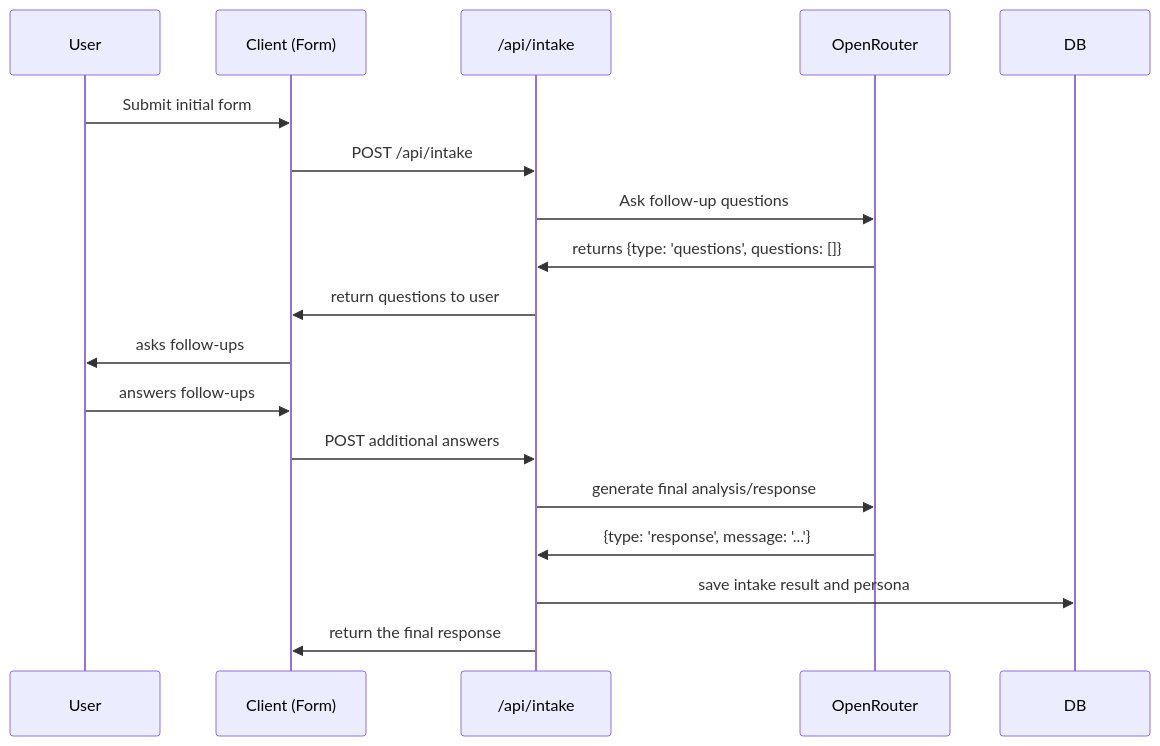
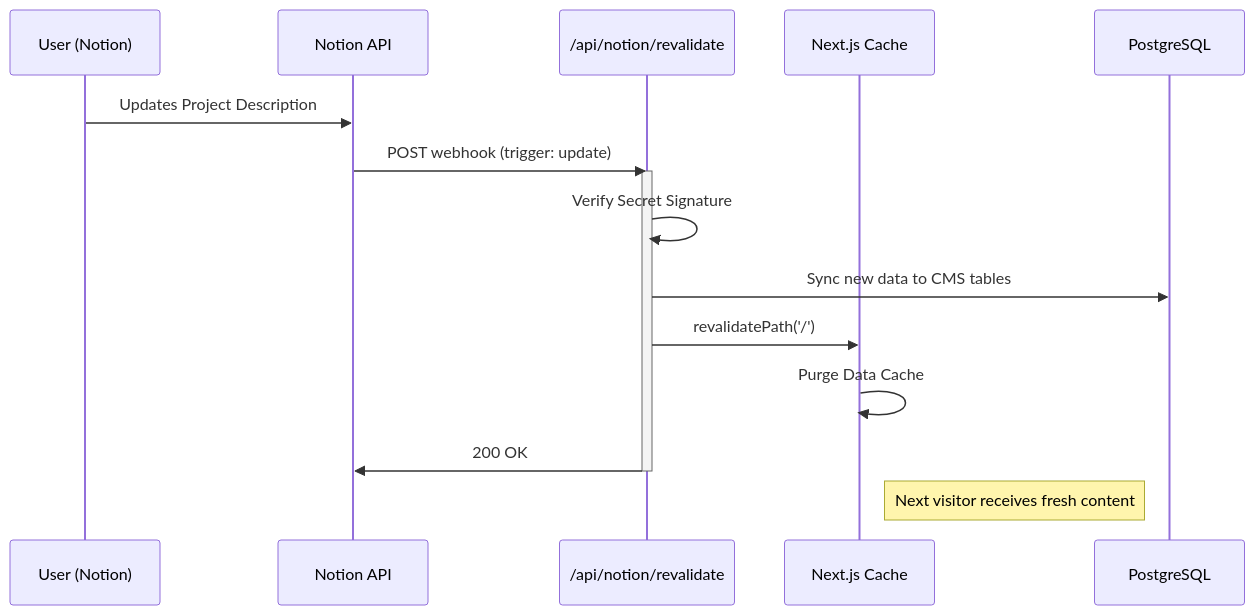
Before and after one commit to x-TheFox/portfolio: the sixth of 8 diagrams in docs/architecture.md, drawn with Mermaid. The commit also changed other lines of this file, not shown here.

First line of the commit message:
Revise architecture documentation with new diagrams

````diff
--- a/docs/architecture.md
+++ b/docs/architecture.md
@@ -268,20 +216,20 @@
 ```mermaid
 sequenceDiagram
-  participant U as User
-  participant C as Client (Form)
-  participant S as /api/intake
-  participant AI as OpenRouter
+    participant Editor as User (Notion)
+    participant Notion as Notion API
+    participant Webhook as /api/notion/revalidate
+    participant Next as Next.js Cache
+    participant DB as PostgreSQL
 
-  U->>C: Submit initial form
-  C->>S: POST /api/intake
-  S->>AI: Ask follow-up questions
-  AI->>S: returns {type: 'questions', questions: []}
-  S->>C: return questions to user
-  C->>U: asks follow-ups
-  U->>C: answers follow-ups
-  C->>S: POST additional answers
-  S->>AI: generate final analysis/response
-  AI->>S: {type: 'response', message: '...'}
-  S->>DB: save intake result and persona
-  S->>C: return the final response
+    Editor->>Notion: Updates Project Description
+    Notion->>Webhook: POST webhook (trigger: update)
+    activate Webhook
+    Webhook->>Webhook: Verify Secret Signature
+    Webhook->>DB: Sync new data to CMS tables
+    Webhook->>Next: revalidatePath('/')
+    Next->>Next: Purge Data Cache
+    Webhook->>Notion: 200 OK
+    deactivate Webhook
+    
+    Note right of Next: Next visitor receives fresh content
 ```
````
